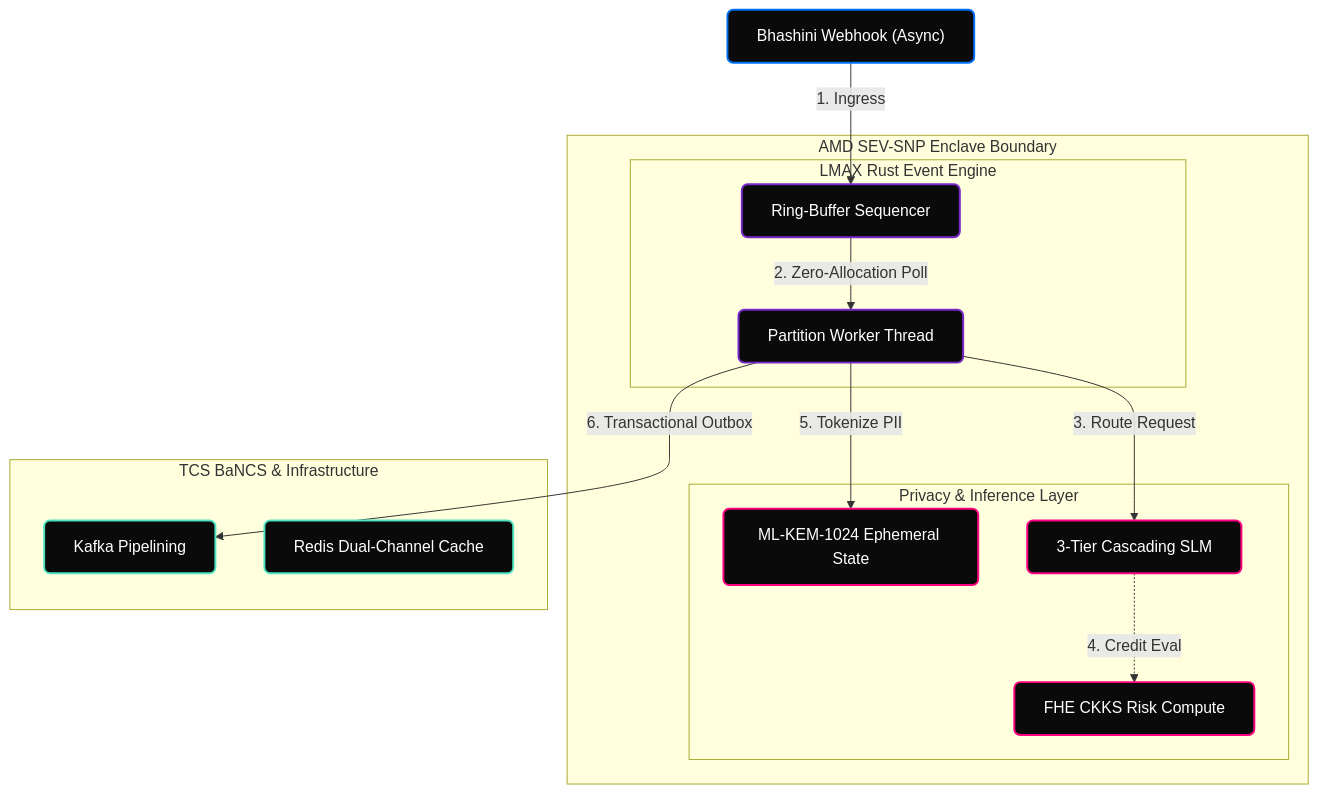
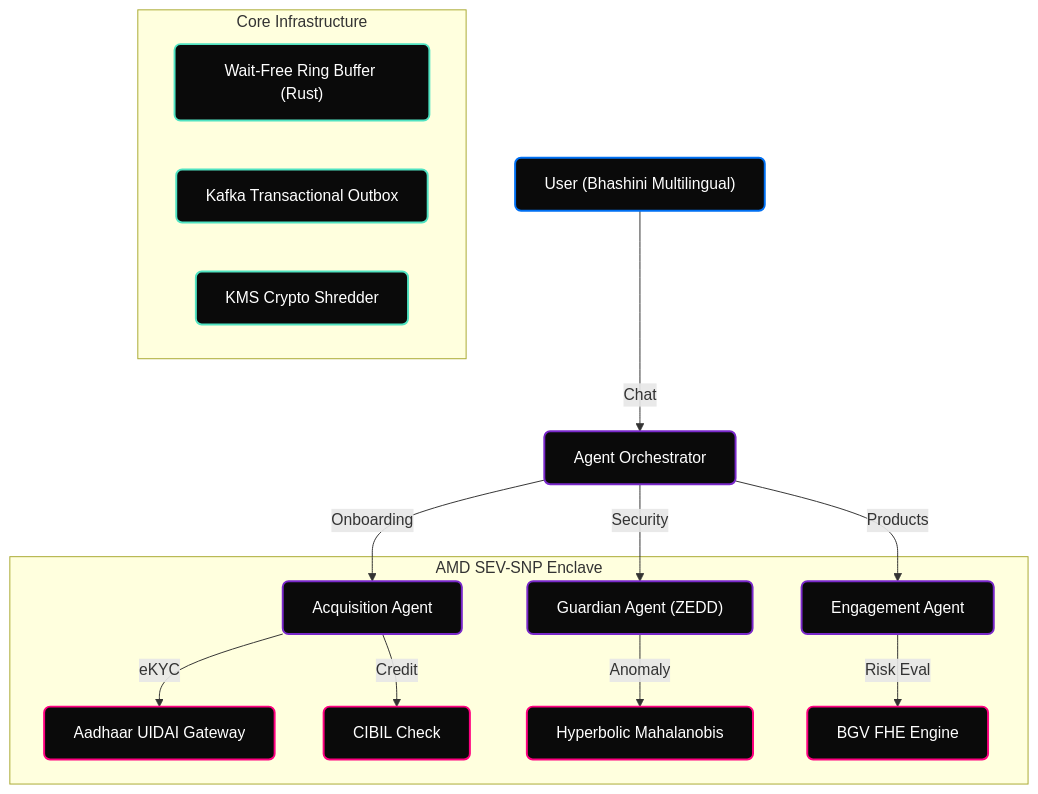
Before and after one commit to shashankrpatil077-ctrl/samyojana-sovereign-kernel: the diagram in README.md, drawn with Mermaid. The commit also changed other lines of this file and 17 other files, not shown here.

````diff
--- a/README.md
+++ b/README.md
@@ -50,34 +48,25 @@
 ```mermaid
 graph TB
     classDef client fill:#0A0A0A,stroke:#0070F3,stroke-width:2px,color:#FFFFFF,rx:6,ry:6
-    classDef hardware fill:#0A0A0A,stroke:#ED1C24,stroke-width:2px,color:#FFFFFF,rx:6,ry:6
-    classDef core fill:#0A0A0A,stroke:#7928CA,stroke-width:2px,color:#FFFFFF,rx:6,ry:6
+    classDef agent fill:#0A0A0A,stroke:#7928CA,stroke-width:2px,color:#FFFFFF,rx:6,ry:6
     classDef crypto fill:#0A0A0A,stroke:#FF0080,stroke-width:2px,color:#FFFFFF,rx:6,ry:6
-    classDef external fill:#0A0A0A,stroke:#50E3C2,stroke-width:2px,color:#FFFFFF,rx:6,ry:6
+    classDef infra fill:#0A0A0A,stroke:#50E3C2,stroke-width:2px,color:#FFFFFF,rx:6,ry:6
 
-    subgraph Hardware["AMD SEV-SNP Enclave Boundary"]
-        subgraph Core["LMAX Rust Event Engine"]
-            B["Ring-Buffer Sequencer"]:::core
-            C["Partition Worker Thread"]:::core
-        end
+    A["User (Bhashini Multilingual)"]:::client -->|Chat| B["Agent Orchestrator"]:::agent
+    B -->|Onboarding| C["Acquisition Agent"]:::agent
+    B -->|Products| D["Engagement Agent"]:::agent
+    B -->|Security| E["Guardian Agent (ZEDD)"]:::agent
 
-        subgraph Crypto["Privacy & Inference Layer"]
-            D["ML-KEM-1024 Ephemeral State"]:::crypto
-            E["FHE CKKS Risk Compute"]:::crypto
-            F["3-Tier Cascading SLM"]:::crypto
-        end
+    subgraph Secure["AMD SEV-SNP Enclave"]
+        C -->|eKYC| F["Aadhaar UIDAI Gateway"]:::crypto
+        C -->|Credit| G["CIBIL Check"]:::crypto
+        E -->|Anomaly| H["Hyperbolic Mahalanobis"]:::crypto
+        D -->|Risk Eval| I["BGV FHE Engine"]:::crypto
     end
 
-    A["Bhashini Webhook (Async)"]:::client -->|1. Ingress| B
-    B -->|2. Zero-Allocation Poll| C
-    C -->|3. Route Request| F
-    F -.->|4. Credit Eval| E
-    C -->|5. Tokenize PII| D
-    
-    C -->|6. Transactional Outbox| G
-    
-    subgraph Ledger["TCS BaNCS & Infrastructure"]
-        G["Kafka Pipelining"]:::external
-        H["Redis Dual-Channel Cache"]:::external
+    subgraph Infra["Core Infrastructure"]
+        J["Wait-Free Ring Buffer (Rust)"]:::infra
+        K["Kafka Transactional Outbox"]:::infra
+        L["KMS Crypto Shredder"]:::infra
     end
 ```
````
